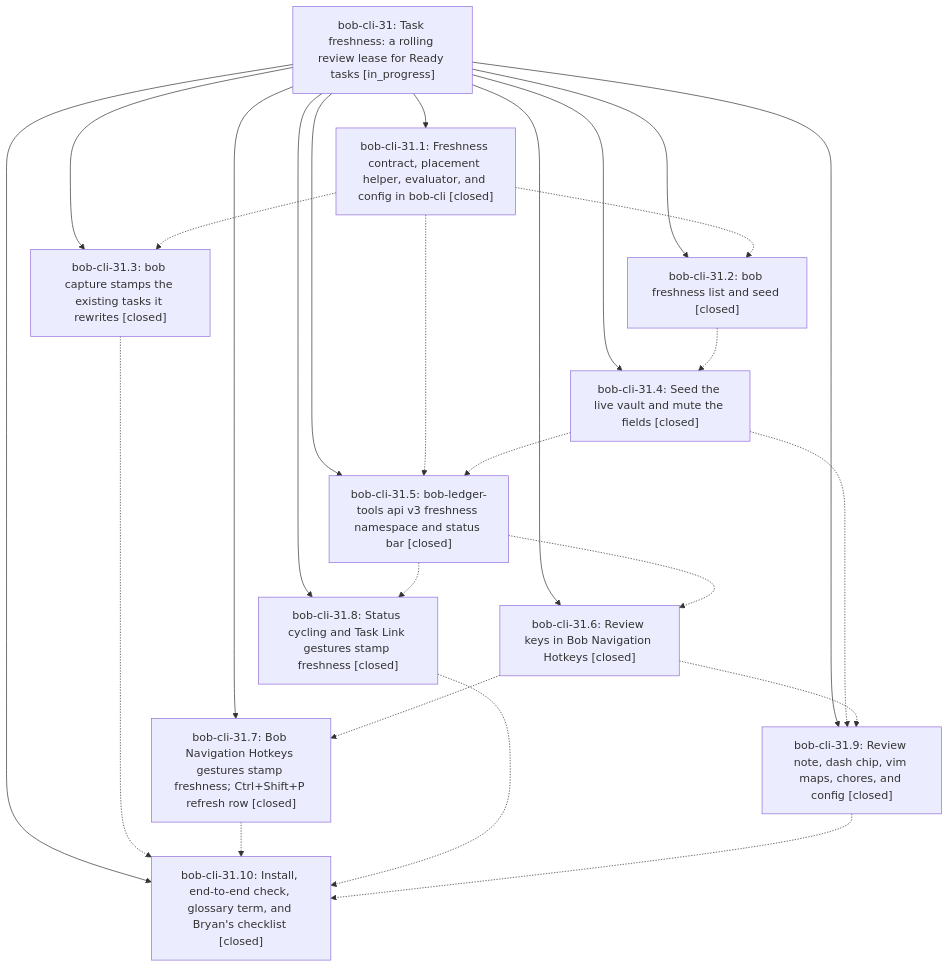
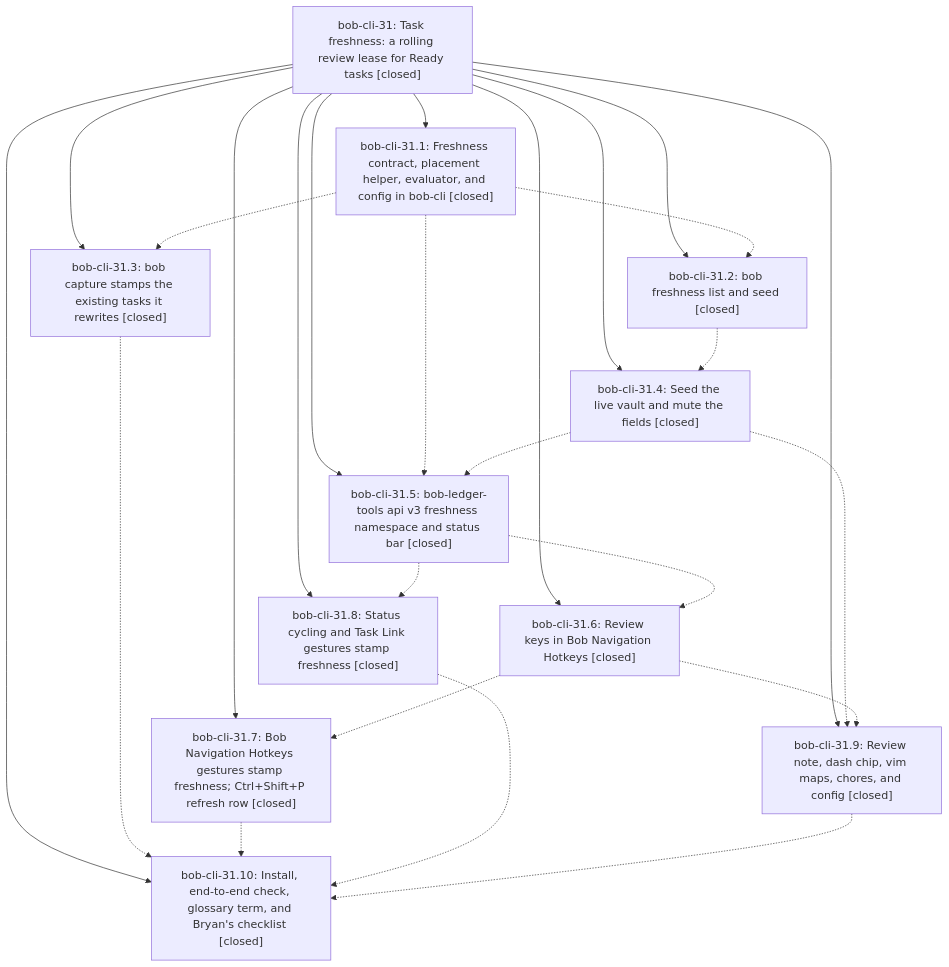
One commit to bobs-org/bob-cli--beads changed the diagram in pages/bob-cli-31/README.md. Above: the diagram before and after it, drawn with Mermaid. The commit also changed other lines of this file, not shown here.

First line of the commit message:
chore(beads): sync bead state and pages for bob-cli-31

````diff
--- a/pages/bob-cli-31/README.md
+++ b/pages/bob-cli-31/README.md
@@ -31,38 +39,38 @@
 ```mermaid
 flowchart TD
-    n0["bob-cli-31: Task freshness: a rolling review lease for Ready tasks [in_progress]"]
+    n0["bob-cli-31: Task freshness: a rolling review lease for Ready tasks [closed]"]
     n1["bob-cli-31.1: Freshness contract, placement helper, evaluator, and config in bob-cli [closed]"]
     n2["bob-cli-31.10: Install, end-to-end check, glossary term, and Bryan's checklist [closed]"]
     n3["bob-cli-31.2: bob freshness list and seed [closed]"]
     n4["bob-cli-31.3: bob capture stamps the existing tasks it rewrites [closed]"]
     n5["bob-cli-31.4: Seed the live vault and mute the fields [closed]"]
     n6["bob-cli-31.5: bob-ledger-tools api v3 freshness namespace and status bar [closed]"]
     n7["bob-cli-31.6: Review keys in Bob Navigation Hotkeys [closed]"]
     n8["bob-cli-31.7: Bob Navigation Hotkeys gestures stamp freshness; Ctrl+Shift+P refresh row [closed]"]
     n9["bob-cli-31.8: Status cycling and Task Link gestures stamp freshness [closed]"]
     n10["bob-cli-31.9: Review note, dash chip, vim maps, chores, and config [closed]"]
     n0 --> n1
     n0 --> n2
     n0 --> n3
     n0 --> n4
     n0 --> n5
     n0 --> n6
     n0 --> n7
     n0 --> n8
     n0 --> n9
     n0 --> n10
     n1 -.-> n3
     n1 -.-> n4
     n1 -.-> n6
     n3 -.-> n5
     n4 -.-> n2
     n5 -.-> n6
     n5 -.-> n10
     n6 -.-> n7
     n6 -.-> n9
     n7 -.-> n8
     n7 -.-> n10
     n8 -.-> n2
     n9 -.-> n2
     n10 -.-> n2
 ```
````
